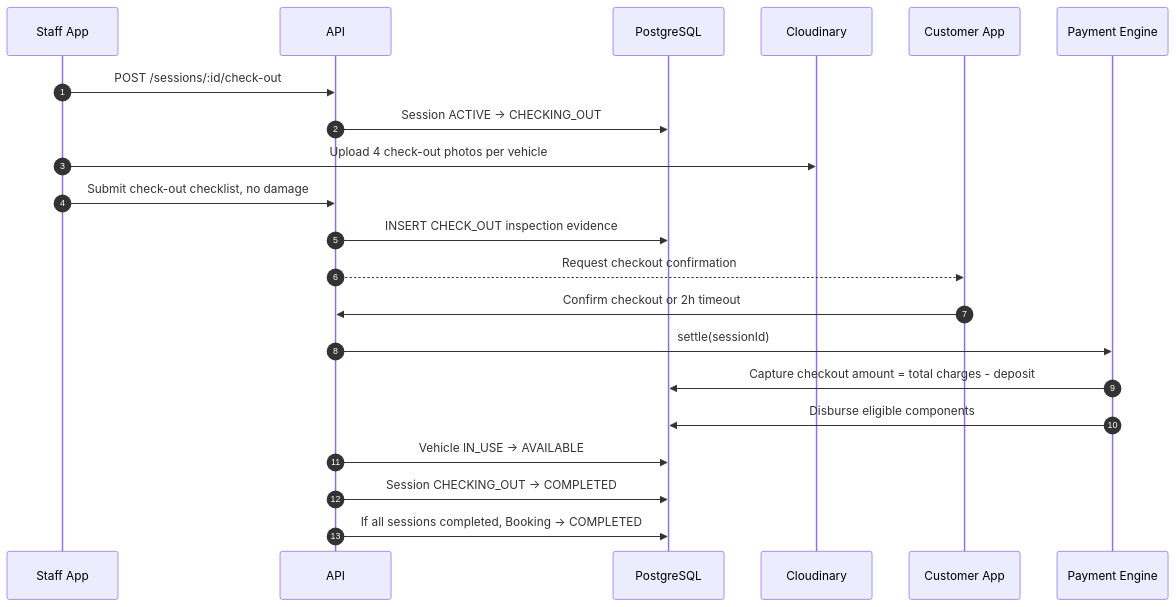
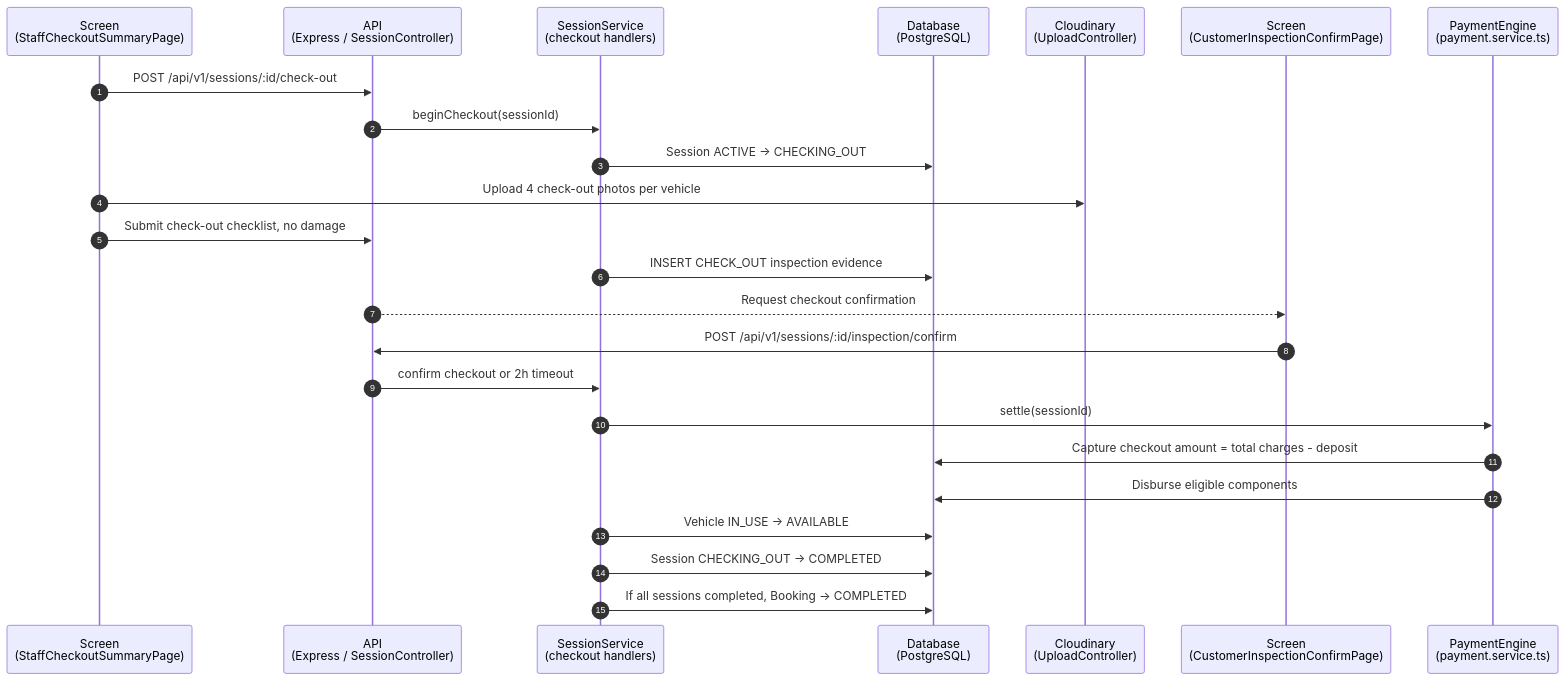
The fourth of 7 diagrams in docs/diagrams/sequence/sequence-flow-booking-operations.md (RCField-SEP490/rcfield-spec), drawn with Mermaid before and after one commit. The commit also changed other lines of this file and 15 other files, not shown here.

First line of the commit message:
Add sequence flow diagrams for provider, staff, and supporting operations

````diff
--- a/docs/diagrams/sequence/sequence-flow-booking-operations.md
+++ b/docs/diagrams/sequence/sequence-flow-booking-operations.md
@@ -113,24 +126,27 @@
 ```mermaid
 sequenceDiagram
     autonumber
-    participant Staff as Staff App
-    participant API as API
-    participant DB as PostgreSQL
-    participant Store as Cloudinary
-    participant C as Customer App
-    participant Pay as Payment Engine
+    participant Staff as Screen<br/>(StaffCheckoutSummaryPage)
+    participant API as API<br/>(Express / SessionController)
+    participant SS as SessionService<br/>(checkout handlers)
+    participant DB as Database<br/>(PostgreSQL)
+    participant Store as Cloudinary<br/>(UploadController)
+    participant C as Screen<br/>(CustomerInspectionConfirmPage)
+    participant Pay as PaymentEngine<br/>(payment.service.ts)
 
-    Staff->>API: POST /sessions/:id/check-out
-    API->>DB: Session ACTIVE -> CHECKING_OUT
+    Staff->>API: POST /api/v1/sessions/:id/check-out
+    API->>SS: beginCheckout(sessionId)
+    SS->>DB: Session ACTIVE -> CHECKING_OUT
     Staff->>Store: Upload 4 check-out photos per vehicle
     Staff->>API: Submit check-out checklist, no damage
-    API->>DB: INSERT CHECK_OUT inspection evidence
+    SS->>DB: INSERT CHECK_OUT inspection evidence
     API-->>C: Request checkout confirmation
-    C->>API: Confirm checkout or 2h timeout
-    API->>Pay: settle(sessionId)
+    C->>API: POST /api/v1/sessions/:id/inspection/confirm
+    API->>SS: confirm checkout or 2h timeout
+    SS->>Pay: settle(sessionId)
     Pay->>DB: Capture checkout amount = total charges - deposit
     Pay->>DB: Disburse eligible components
-    API->>DB: Vehicle IN_USE -> AVAILABLE
-    API->>DB: Session CHECKING_OUT -> COMPLETED
-    API->>DB: If all sessions completed, Booking -> COMPLETED
+    SS->>DB: Vehicle IN_USE -> AVAILABLE
+    SS->>DB: Session CHECKING_OUT -> COMPLETED
+    SS->>DB: If all sessions completed, Booking -> COMPLETED
 ```
````
